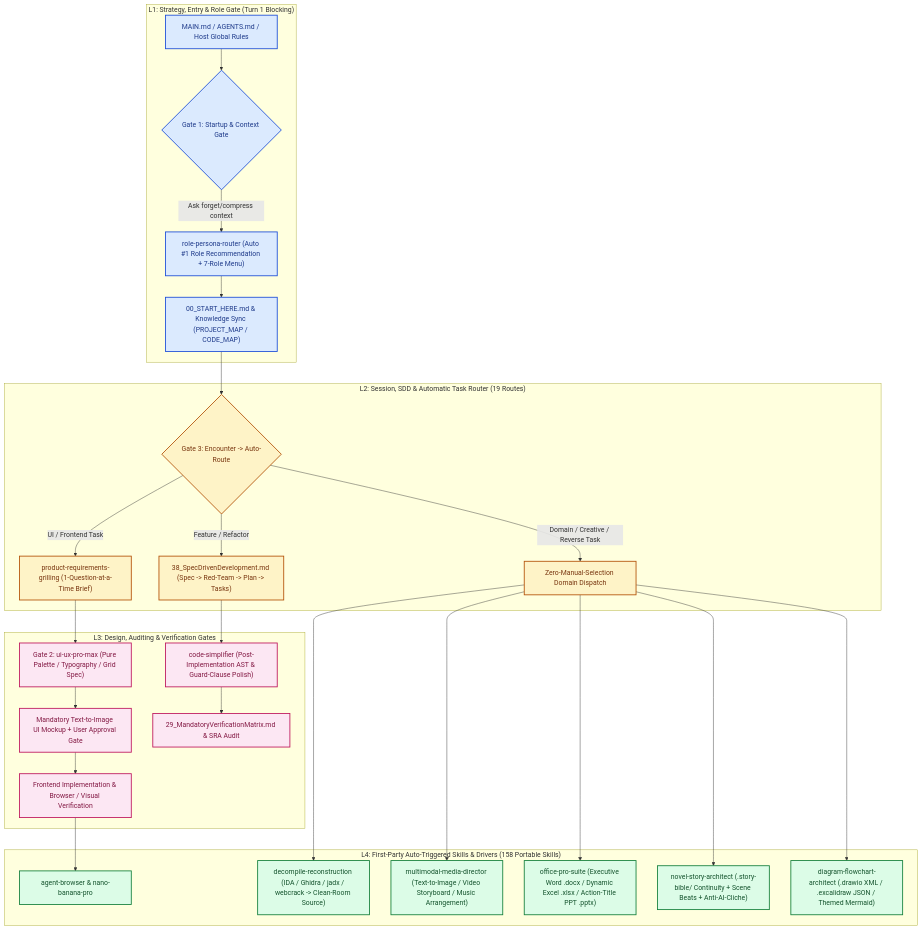
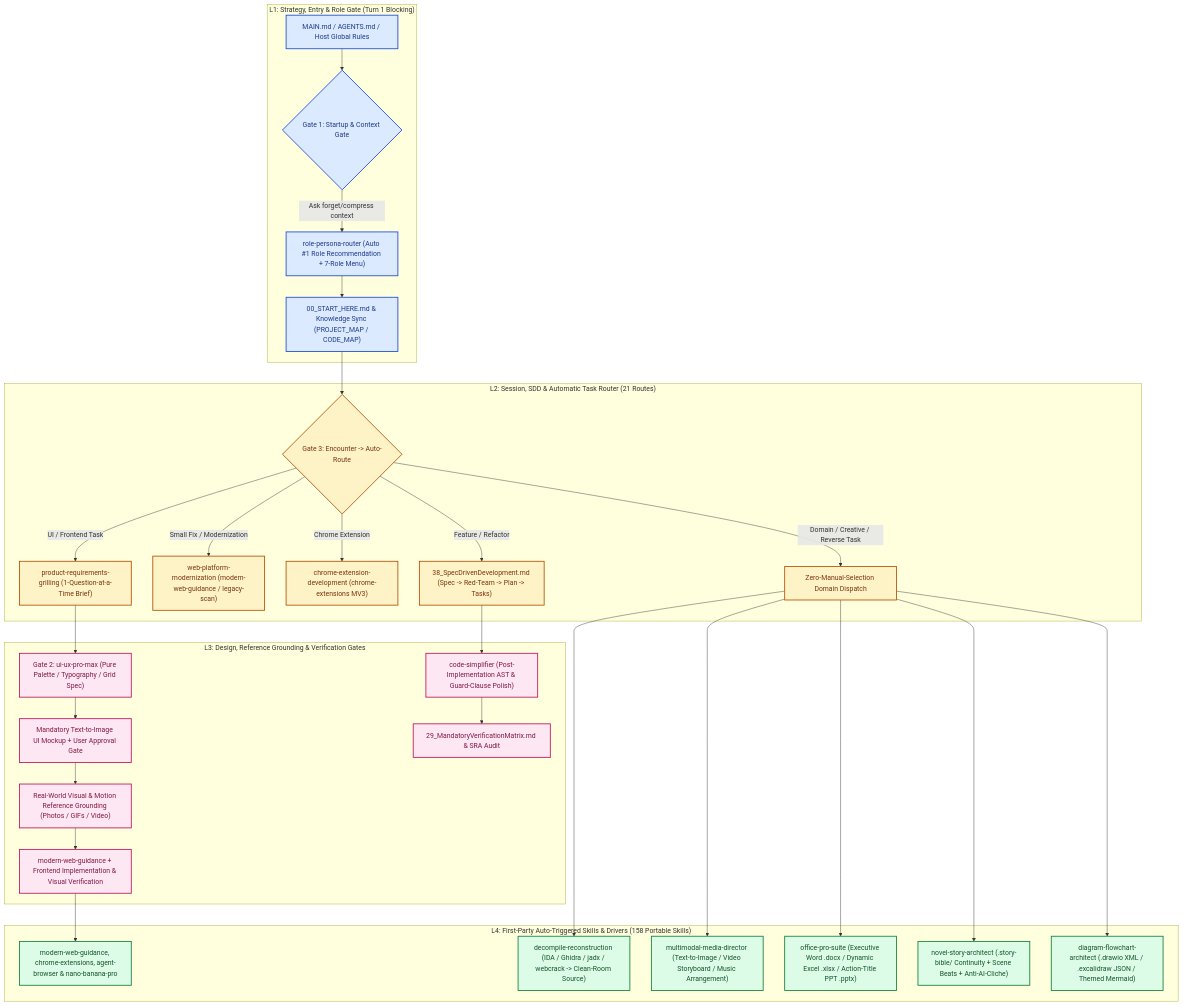
Before and after one commit to UIhoshi/AgentLogic: the first of 2 diagrams in README.md, drawn with Mermaid. The commit also changed other lines of this file and 4 other files, not shown here.

Commit message:
docs(readme): highlight 1-prompt agent install, comparison matrix, modern-web-guidance & reference grounding

````diff
--- a/README.md
+++ b/README.md
@@ -50,42 +70,45 @@
 ```mermaid
 flowchart TD
     subgraph L1 ["L1: Strategy, Entry & Role Gate (Turn 1 Blocking)"]
         Entry["MAIN.md / AGENTS.md / Host Global Rules"] --> Gate1{"Gate 1: Startup & Context Gate"}
         Gate1 -->|"Ask forget/compress context"| RoleRouter["role-persona-router (Auto #1 Role Recommendation + 7-Role Menu)"]
         RoleRouter --> Check["00_START_HERE.md & Knowledge Sync (PROJECT_MAP / CODE_MAP)"]
     end
 
-    subgraph L2 ["L2: Session, SDD & Automatic Task Router (19 Routes)"]
+    subgraph L2 ["L2: Session, SDD & Automatic Task Router (21 Routes)"]
         Check --> Router{"Gate 3: Encounter -> Auto-Route"}
         Router -->|"UI / Frontend Task"| Grilling["product-requirements-grilling (1-Question-at-a-Time Brief)"]
+        Router -->|"Small Fix / Modernization"| WebMod["web-platform-modernization (modern-web-guidance / legacy-scan)"]
+        Router -->|"Chrome Extension"| ExtRoute["chrome-extension-development (chrome-extensions MV3)"]
         Router -->|"Feature / Refactor"| SDD["38_SpecDrivenDevelopment.md (Spec -> Red-Team -> Plan -> Tasks)"]
         Router -->|"Domain / Creative / Reverse Task"| DomainDispatch["Zero-Manual-Selection Domain Dispatch"]
     end
 
-    subgraph L3 ["L3: Design, Auditing & Verification Gates"]
+    subgraph L3 ["L3: Design, Reference Grounding & Verification Gates"]
         Grilling --> UIProMax["Gate 2: ui-ux-pro-max (Pure Palette / Typography / Grid Spec)"]
         UIProMax --> MockupGate["Mandatory Text-to-Image UI Mockup + User Approval Gate"]
-        MockupGate --> UIImpl["Frontend Implementation & Browser / Visual Verification"]
+        MockupGate --> RefGate["Real-World Visual & Motion Reference Grounding (Photos / GIFs / Video)"]
+        RefGate --> UIImpl["modern-web-guidance + Frontend Implementation & Visual Verification"]
         SDD --> CodeSimp["code-simplifier (Post-Implementation AST & Guard-Clause Polish)"]
         CodeSimp --> Verify["29_MandatoryVerificationMatrix.md & SRA Audit"]
     end
 
     subgraph L4 ["L4: First-Party Auto-Triggered Skills & Drivers (158 Portable Skills)"]
-        UIImpl --> BrowserSkill["agent-browser & nano-banana-pro"]
+        UIImpl --> BrowserSkill["modern-web-guidance, chrome-extensions, agent-browser & nano-banana-pro"]
         DomainDispatch --> Decompile["decompile-reconstruction (IDA / Ghidra / jadx / webcrack -> Clean-Room Source)"]
         DomainDispatch --> MediaDir["multimodal-media-director (Text-to-Image / Video Storyboard / Music Arrangement)"]
         DomainDispatch --> OfficePro["office-pro-suite (Executive Word .docx / Dynamic Excel .xlsx / Action-Title PPT .pptx)"]
         DomainDispatch --> NovelArch["novel-story-architect (.story-bible/ Continuity + Scene Beats + Anti-AI-Cliche)"]
         DomainDispatch --> DiagramArch["diagram-flowchart-architect (.drawio XML / .excalidraw JSON / Themed Mermaid)"]
     end
 
     classDef l1 fill:#dbeafe,stroke:#1d4ed8,color:#1e3a8a,stroke-width:2px
     classDef l2 fill:#fef3c7,stroke:#b45309,color:#78350f,stroke-width:2px
     classDef l3 fill:#fce7f3,stroke:#be185d,color:#831843,stroke-width:2px
     classDef l4 fill:#dcfce7,stroke:#15803d,color:#14532d,stroke-width:2px
 
     class Entry,Gate1,RoleRouter,Check l1
-    class Router,Grilling,SDD,DomainDispatch l2
-    class UIProMax,MockupGate,UIImpl,CodeSimp,Verify l3
+    class Router,Grilling,WebMod,ExtRoute,SDD,DomainDispatch l2
+    class UIProMax,MockupGate,RefGate,UIImpl,CodeSimp,Verify l3
     class BrowserSkill,Decompile,MediaDir,OfficePro,NovelArch,DiagramArch l4
 ```
````
